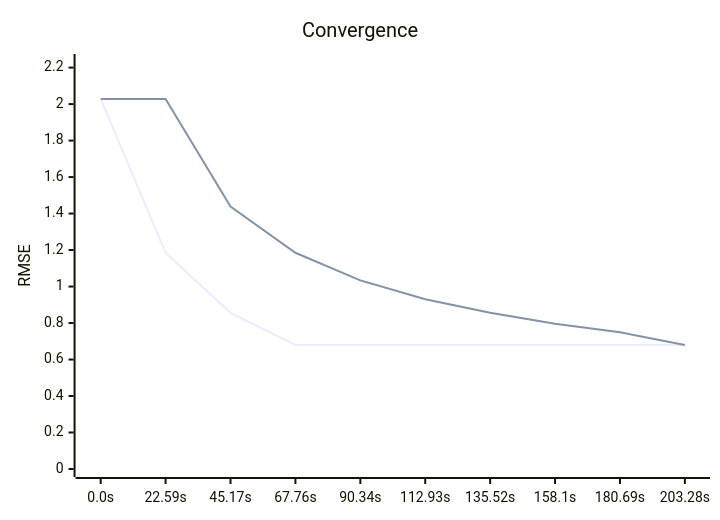
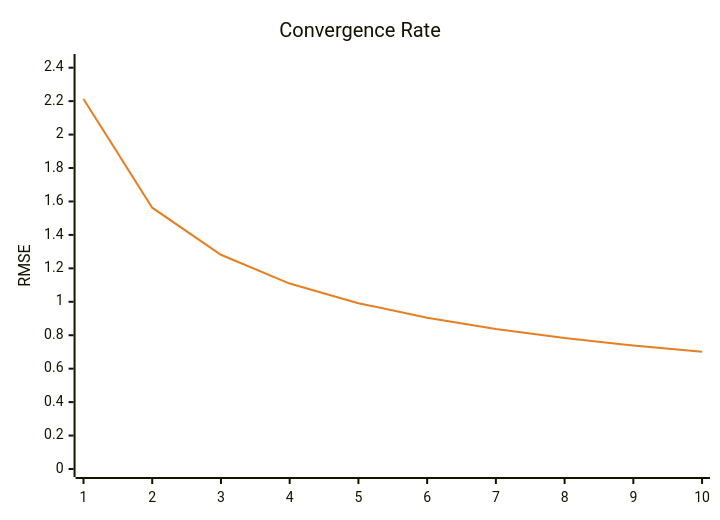
One commit to timo-eberl/tracy changed the second of 2 diagrams in README.md. Above: the diagram before and after it, drawn with Mermaid. The commit also changed other lines of this file and 3 other files, not shown here.

````diff
--- a/README.md
+++ b/README.md
@@ -22,8 +25,14 @@
 ```mermaid
+---
+config:
+    theme: base
+    themeVariables:
+        xyChart:
+            plotColorPalette: "#e67e22"
+---
 xychart-beta
-    title "Convergence"
-    x-axis ["0.0s", "22.59s", "45.17s", "67.76s", "90.34s", "112.93s", "135.52s", "158.1s", "180.69s", "203.28s"]
-    y-axis "RMSE" 0 --> 2.2307
-    line [2.0279, 1.185, 0.8561, 0.6796, 0.6796, 0.6796, 0.6796, 0.6796, 0.6796, 0.6796]
-    line [2.0279, 2.0279, 1.4381, 1.185, 1.0336, 0.9306, 0.8561, 0.7964, 0.7495, 0.6796]
+    title "Convergence Rate"
+    x-axis ["1", "2", "3", "4", "5", "6", "7", "8", "9", "10"]
+    y-axis "RMSE" 0 --> 2.4341
+    line [2.2128, 1.5629, 1.2813, 1.1091, 0.9916, 0.9047, 0.8368, 0.7829, 0.7385, 0.7009]
 ```
````
